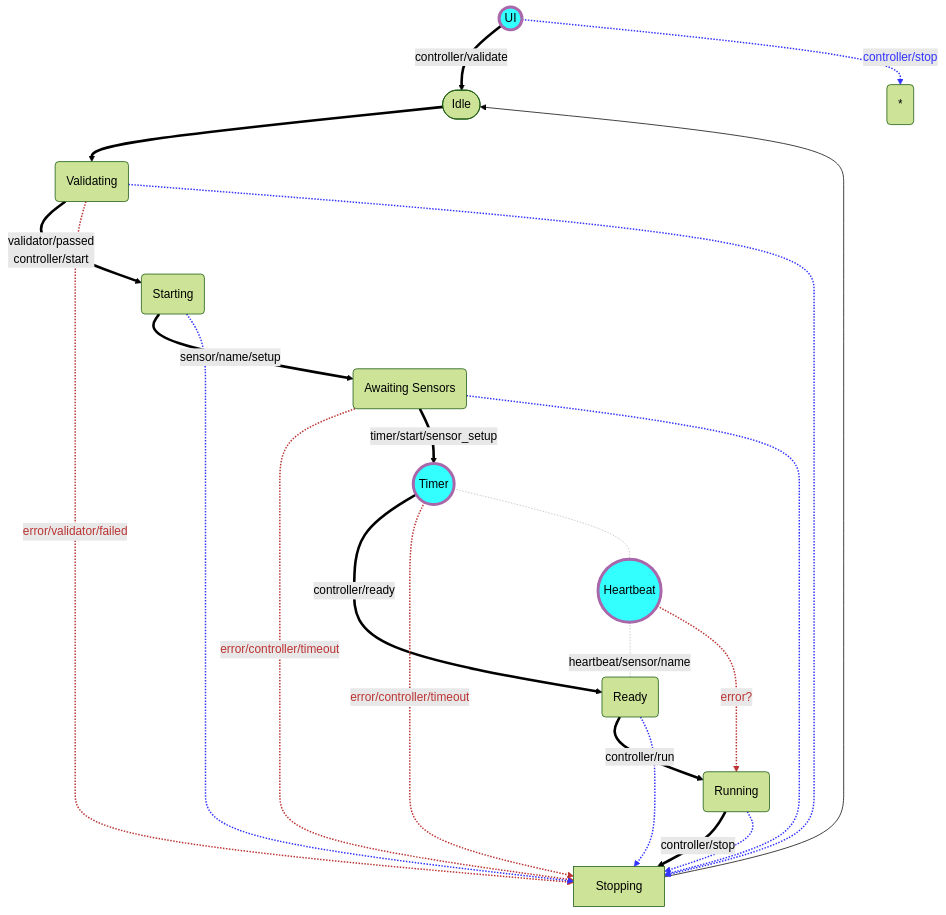
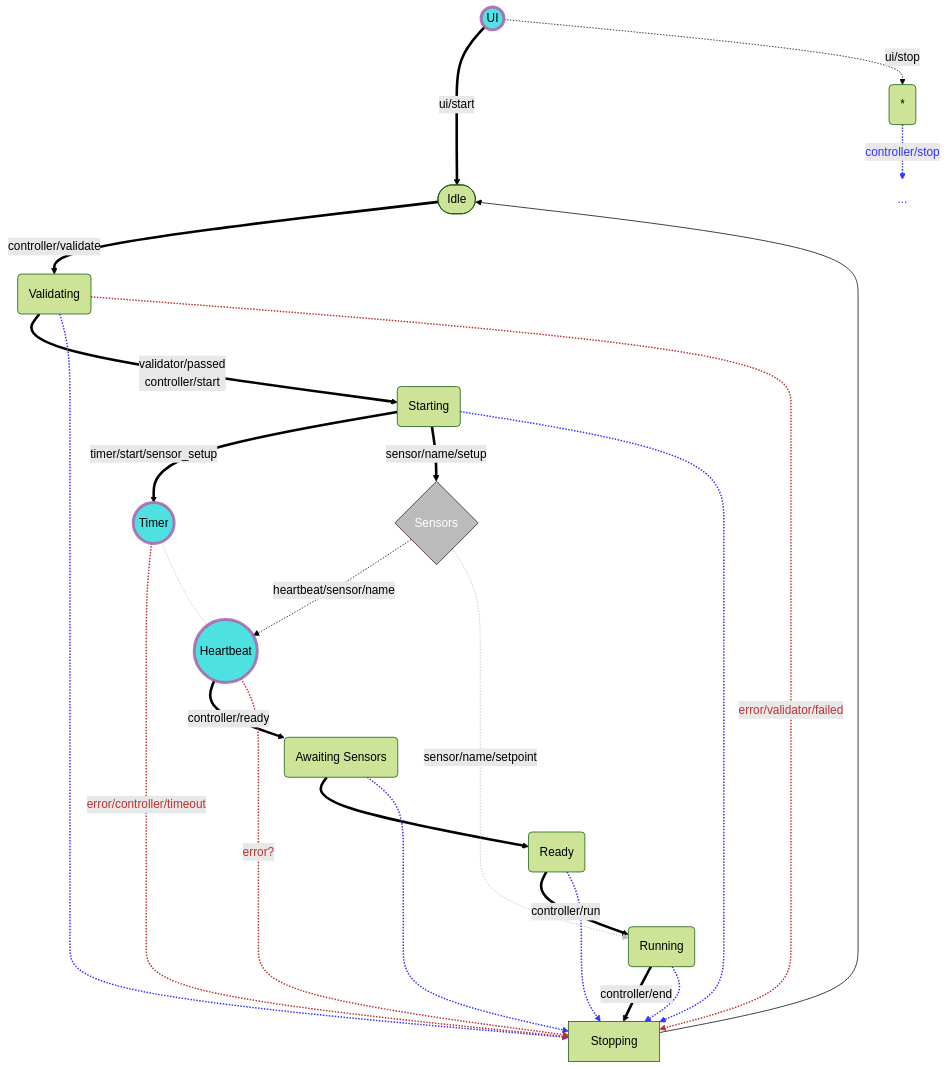
One commit to comodo-lab/comodo changed the diagram in README.md. Above: the diagram before and after it, drawn with Mermaid.

Commit message:
Improved mermaid graph

````diff
--- a/README.md
+++ b/README.md
@@ -16,59 +16,65 @@
 ```mermaid
 %%{
     init: {
         'theme':'forest'
     }
 }%%
 flowchart TB
 
     %% States
-    I([Idle])
-    V(Validating)
-    S(Starting)
-    A(Awaiting Sensors)
-    Rd(Ready)
-    Rg(Running)
-    Stp[Stopping]
+      I([Idle])
+      V(Validating)
+      S(Starting)
+      A(Awaiting Sensors)
+      Rd(Ready)
+      Rg(Running)
+      Stp[Stopping]
+      *(*)
 
     %% Helper clients
-    UI((UI)):::helper_client
-    T((Timer)):::helper_client
-    H((Heartbeat)):::helper_client
-    %%M((Measurement)):::helper_client
-    %%W((Watchdog)):::helper_client
+      UI((UI))
+      T((Timer))
+      H((Heartbeat))
+      %%M((Measurement))
+      %%W((Watchdog))
+      classDef helper_client fill:#3ddd,stroke:#a6ad,stroke-width:4px,color:#000
+      class UI,T,H helper_client
+
+    %% External clients
+      SS{Sensors}
+      classDef external_client fill:#3335,stroke:#313,stroke-width:1px,color:#fff
+      class SS external_client
+
+    %% Invisible
+      **(...)
+      classDef invisible fill:#0000,stroke:#0000,stroke-width:0px,color:#33f
+      class ** invisible
 
     %% Graph
-    UI ==> |controller/validate| I
-    
-    I   ==>  V
-    V   ==>  |validator/passed <br> controller/start| S
-    V   -.-> |error/validator/failed| Stp
-        linkStyle 3 stroke:#b33,stroke-width:2px,color:#b33
-    S   ==>  |sensor/name/setup| A
-    A   -.-> |error/controller/timeout| Stp
-        linkStyle 5 stroke:#b33,stroke-width:2px,color:#b33
-    A   ==>  |timer/start/sensor_setup| T
-    T   ==>  |controller/ready| Rd
-    T   -.-> |error/controller/timeout| Stp
-        linkStyle 8 stroke:#b33,stroke-width:2px,color:#b33
-    T   -.-  H
-    H   ~~~  |heartbeat/sensor/name| H
-    H   -.-  Rd
-        linkStyle 9,11 stroke:#bbb,stroke-width:1px
-    H   -.-> |error?| Rg
-        linkStyle 12 stroke:#b33,stroke-width:2px,color:#b33
-    Rd  ==>  |controller/run| Rg
-    Rg  ==>  |controller/stop| Stp
-    Stp -->  I
-    UI-.->  |controller/stop| *(*)
-    *(*) ~~~ V & S & A & Rd & Rg   -.-> Stp
-        linkStyle 16,22,23,24,25,26 stroke:#33f,stroke-width:2px,color:#33f
-    %%linkStyle 9,10,11,12,13 stroke:#33f,stroke-width:2px,color:#33f
-    
-
-
-    T((Timer))
-
-    classDef helper_client fill:#3ff,stroke:#a6a,stroke-width:4px,color:#000
+      %% Main flow
+        UI  ==>  |ui/start| I
+        I   ==>  |controller/validate| V
+        V   ==>  |validator/passed <br> controller/start| S
+        S   ==>  |timer/start/sensor_setup| T
+        S   ==>  |sensor/name/setup| SS
+        T   ~~~ A
+        SS  -.->  |heartbeat/sensor/name| H
+        H   ==>  |controller/ready| A ==>  Rd
+        Rd  ==>  |controller/run| Rg
+        Rg  ==>  |controller/end| Stp
+        Stp -->  I
+      %% Stop from ui
+        UI-.->  |ui/stop| *(*) -.-> |controller/stop| **
+        **   ~~~  V & S & A & Rd & Rg   -.-> Stp
+        linkStyle 13,19,20,21,22,23 stroke:#33f,stroke-width:2px,color:#33f
+      %% Errors
+        V   -.-> |error/validator/failed| Stp
+        T   -.-> |error/controller/timeout| Stp
+        H   -.-> |error?| Stp
+        linkStyle 24,25,26 stroke:#b33,stroke-width:2px,color:#b33
+      %% Others
+        T   -.-  H
+        SS  -.-> |sensor/name/setpoint| Rg
+        linkStyle 27,28 stroke:#bbb,stroke-width:1px
 
 ```
````
